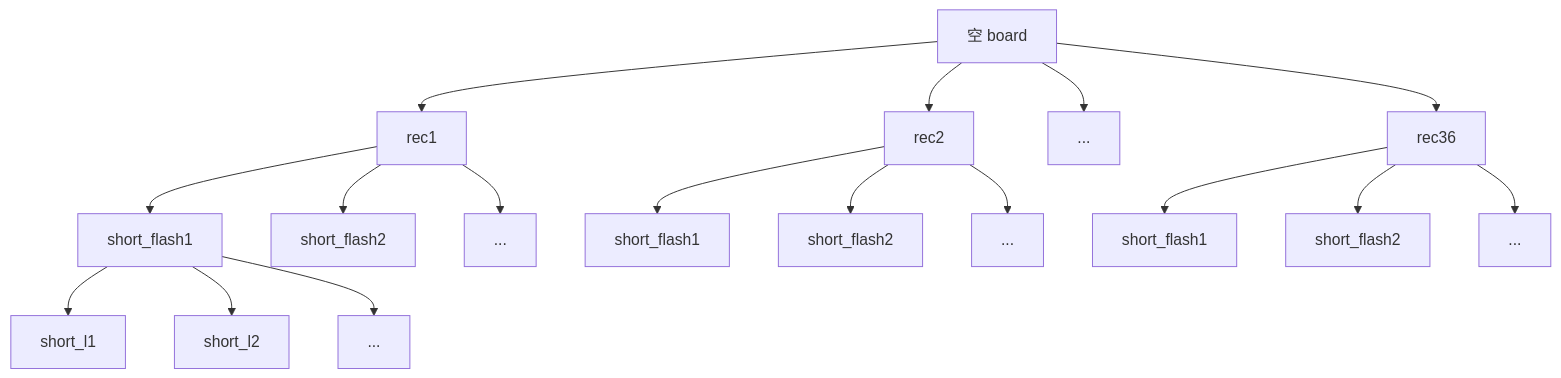
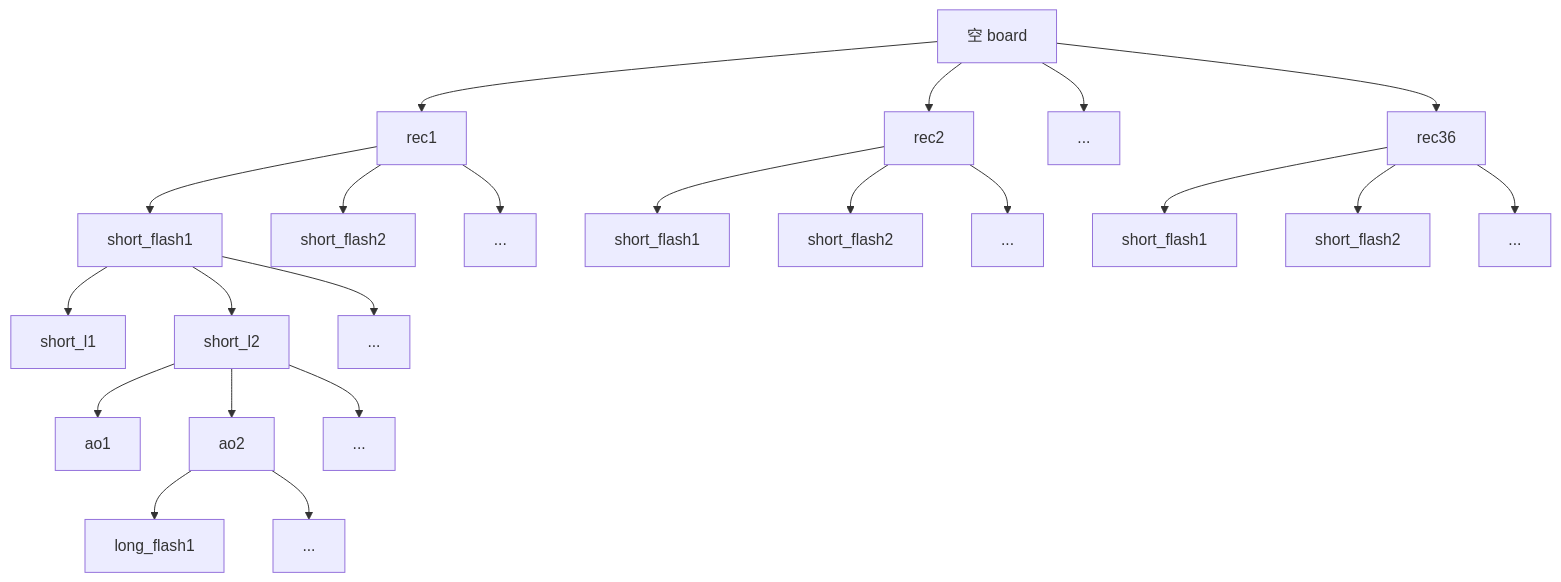
The diagram in calendar-algo/sub_page/ideas.md (zzpwestlife/zzpwestlife.github.io), drawn with Mermaid before and after one commit. The commit also changed other lines of this file and 92 other files, not shown here.

````diff
--- a/calendar-algo/sub_page/ideas.md
+++ b/calendar-algo/sub_page/ideas.md
@@ -40,23 +40,30 @@
 ```mermaid {theme: 'forest', scale: 0.5}
 graph TD
 board[空 board] --> rec1[rec1]
 board -->rec2[rec2]
 board -->recs[...]
 board -->rec36[rec36]
 
 rec1 --> sf1[short_flash1]
 rec1 --> sf2[short_flash2]
 rec1 --> sfs[...]
 
 rec2 --> sf3[short_flash1]
 rec2 --> sf4[short_flash2]
 rec2 --> sfs2[...]
 
 rec36 --> sf5[short_flash1]
 rec36 --> sf6[short_flash2]
 rec36 --> sfs3[...]
 
 sf1 --> sl1[short_l1]
 sf1 --> sl2[short_l2]
 sf1 --> sls[...]
+
+sl2 --> ao1[ao1]
+sl2 --> ao2[ao2]
+sl2 --> aos[...]
+
+ao2 --> lf1[long_flash1]
+ao2 --> lfs[...]
 ```
````
